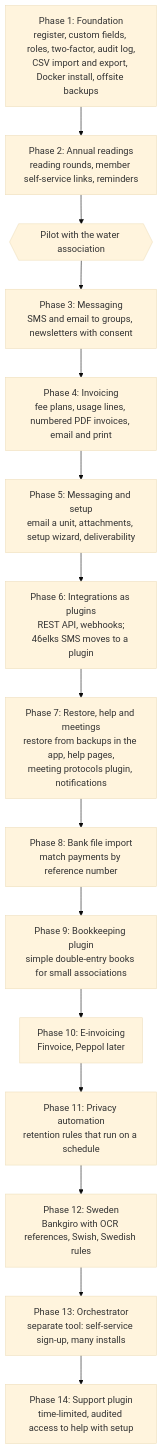
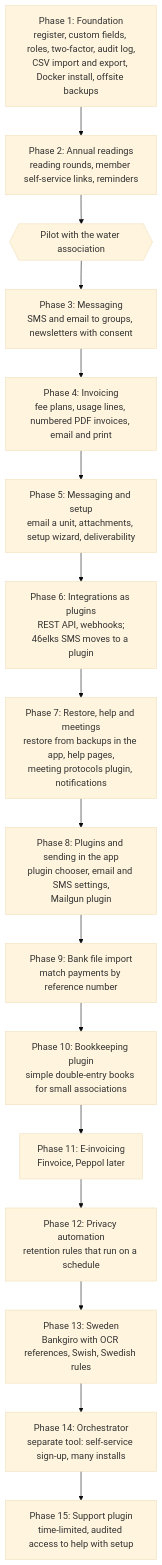
The second of 2 diagrams in docs/architecture.md (savv3/Metra), drawn with Mermaid (base theme) before and after one commit. The commit also changed other lines of this file, not shown here.

First line of the commit message:
Roadmap: add phase 8, a plugin chooser and email and SMS settings in the app

````diff
--- a/docs/architecture.md
+++ b/docs/architecture.md
@@ -155,19 +155,20 @@
 ```mermaid
 flowchart TD
     p1[Phase 1: Foundation<br/>register, custom fields, roles, two-factor, audit log,<br/>CSV import and export, Docker install, offsite backups]
     p2[Phase 2: Annual readings<br/>reading rounds, member self-service links, reminders]
     gate{{Pilot with the water association}}
     p3[Phase 3: Messaging<br/>SMS and email to groups, newsletters with consent]
     p4[Phase 4: Invoicing<br/>fee plans, usage lines, numbered PDF invoices, email and print]
     p5[Phase 5: Messaging and setup<br/>email a unit, attachments, setup wizard, deliverability]
     p6[Phase 6: Integrations as plugins<br/>REST API, webhooks;<br/>46elks SMS moves to a plugin]
     p7[Phase 7: Restore, help and meetings<br/>restore from backups in the app, help pages,<br/>meeting protocols plugin, notifications]
-    p8[Phase 8: Bank file import<br/>match payments by reference number]
-    p9[Phase 9: Bookkeeping plugin<br/>simple double-entry books for small associations]
-    p10[Phase 10: E-invoicing<br/>Finvoice, Peppol later]
-    p11[Phase 11: Privacy automation<br/>retention rules that run on a schedule]
-    p12[Phase 12: Sweden<br/>Bankgiro with OCR references, Swish, Swedish rules]
-    p13[Phase 13: Orchestrator<br/>separate tool: self-service sign-up, many installs]
-    p14[Phase 14: Support plugin<br/>time-limited, audited access to help with setup]
-    p1 --> p2 --> gate --> p3 --> p4 --> p5 --> p6 --> p7 --> p8 --> p9 --> p10 --> p11 --> p12 --> p13 --> p14
+    p8[Phase 8: Plugins and sending in the app<br/>plugin chooser, email and SMS settings,<br/>Mailgun plugin]
+    p9[Phase 9: Bank file import<br/>match payments by reference number]
+    p10[Phase 10: Bookkeeping plugin<br/>simple double-entry books for small associations]
+    p11[Phase 11: E-invoicing<br/>Finvoice, Peppol later]
+    p12[Phase 12: Privacy automation<br/>retention rules that run on a schedule]
+    p13[Phase 13: Sweden<br/>Bankgiro with OCR references, Swish, Swedish rules]
+    p14[Phase 14: Orchestrator<br/>separate tool: self-service sign-up, many installs]
+    p15[Phase 15: Support plugin<br/>time-limited, audited access to help with setup]
+    p1 --> p2 --> gate --> p3 --> p4 --> p5 --> p6 --> p7 --> p8 --> p9 --> p10 --> p11 --> p12 --> p13 --> p14 --> p15
 ```
````
